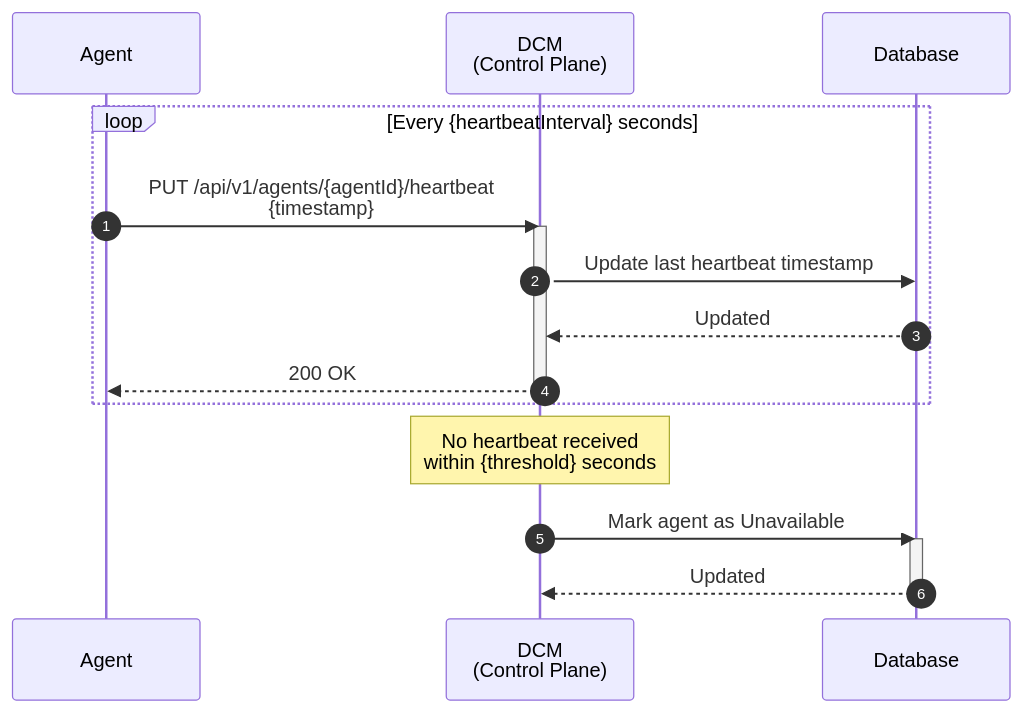
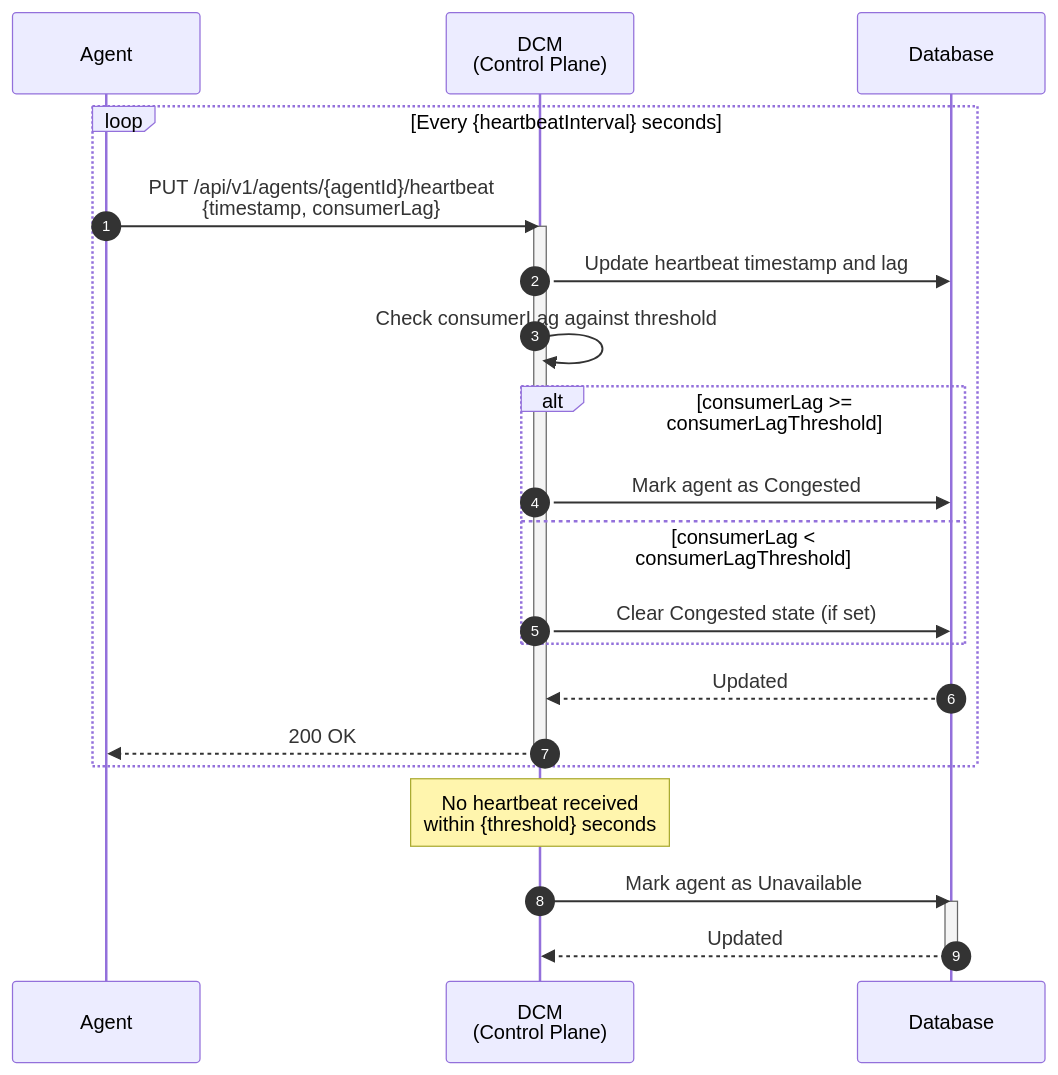
One commit to gabriel-farache/enhancements changed the sixth of 7 diagrams in enhancements/environment-agent/environment-agent.md. Above: the diagram before and after it, drawn with Mermaid. The commit also changed other lines of this file and 2 other files, not shown here.

````diff
--- a/enhancements/environment-agent/environment-agent.md
+++ b/enhancements/environment-agent/environment-agent.md
@@ -841,23 +849,29 @@
 ```mermaid
 sequenceDiagram
     autonumber
     participant AG as Agent
     participant DCM as DCM<br/>(Control Plane)
     participant DB as Database
 
     loop Every {heartbeatInterval} seconds
-        AG->>DCM: PUT /api/v1/agents/{agentId}/heartbeat<br/>{timestamp}
+        AG->>DCM: PUT /api/v1/agents/{agentId}/heartbeat<br/>{timestamp, consumerLag}
         activate DCM
-        DCM->>DB: Update last heartbeat timestamp
+        DCM->>DB: Update heartbeat timestamp and lag
+        DCM->>DCM: Check consumerLag against threshold
+        alt consumerLag >= consumerLagThreshold
+            DCM->>DB: Mark agent as Congested
+        else consumerLag < consumerLagThreshold
+            DCM->>DB: Clear Congested state (if set)
+        end
         DB-->>DCM: Updated
         DCM-->>AG: 200 OK
         deactivate DCM
     end
 
     Note over DCM: No heartbeat received<br/>within {threshold} seconds
 
     DCM->>DB: Mark agent as Unavailable
     activate DB
     DB-->>DCM: Updated
     deactivate DB
 ```
````
